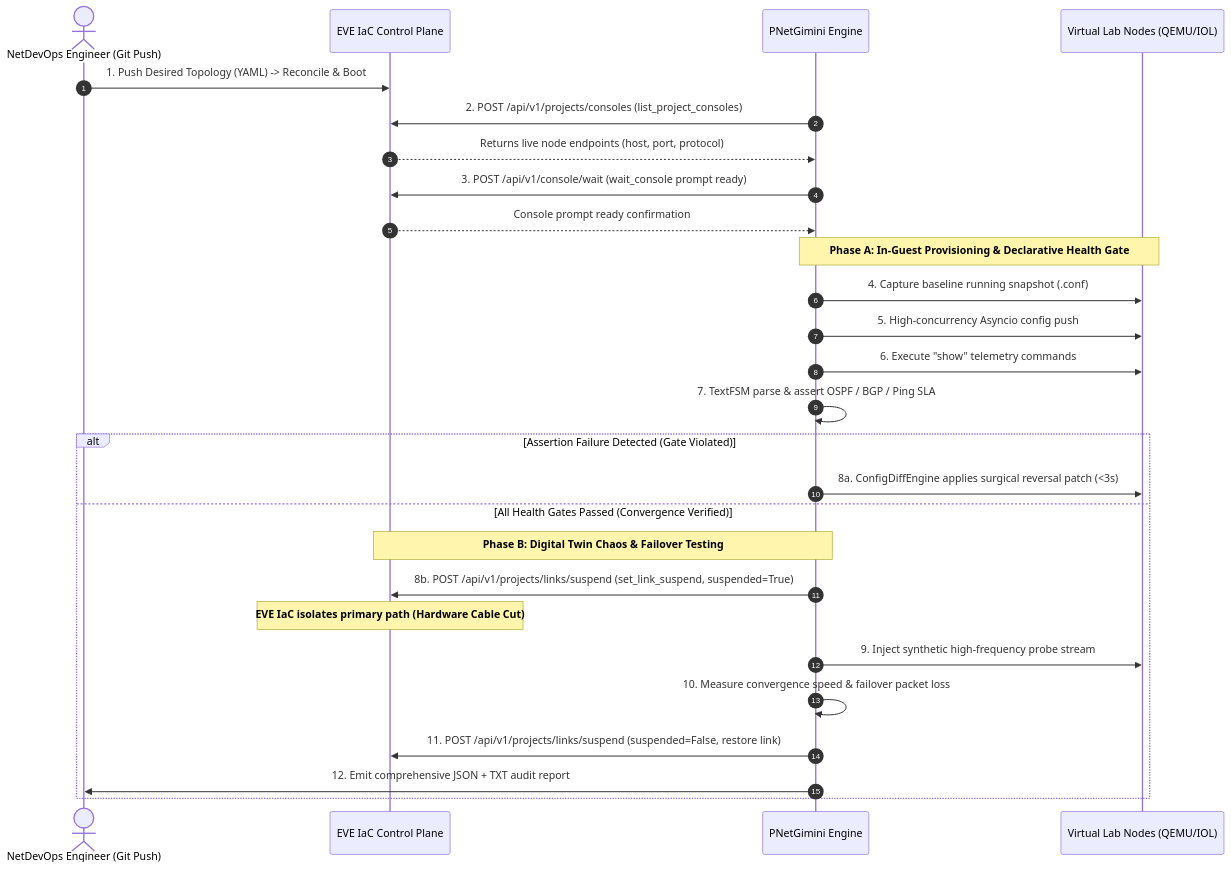
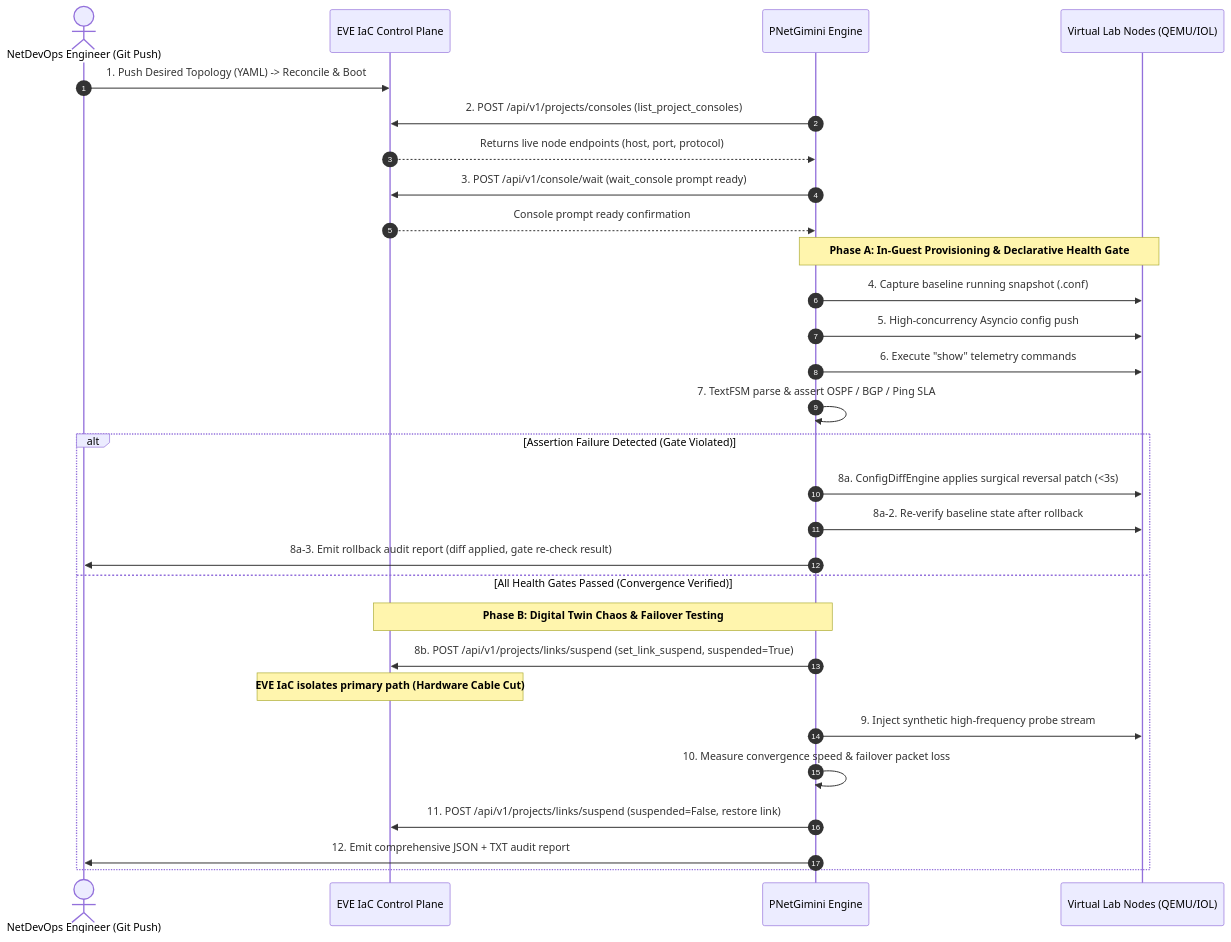
The second of 4 diagrams in docs/EVE_IAC_INTEGRATION_SPEC.md (shaolinzhou/PNetGimini), drawn with Mermaid before and after one commit. The commit also changed other lines of this file, not shown here.

Commit message:
docs: fix Abstract tone, add post-rollback logic to 8a branch, correct reconcile_project params, update v3.3 to DELIVERED

````diff
--- a/docs/EVE_IAC_INTEGRATION_SPEC.md
+++ b/docs/EVE_IAC_INTEGRATION_SPEC.md
@@ -260,43 +260,45 @@
 ```mermaid
 %%{init: {
   'themeVariables': {
     'fontSize': '17px',
     'actorFontSize': '18px',
     'actorFontWeight': 'bold',
     'messageFontSize': '16px',
     'messageFontWeight': 'bold',
     'noteFontSize': '16px',
     'noteFontWeight': 'bold'
   }
 }}%%
 sequenceDiagram
     autonumber
     actor Admin as NetDevOps Engineer (Git Push)
     participant EVEIaC as EVE IaC Control Plane
     participant Engine as PNetGimini Engine
     participant Nodes as Virtual Lab Nodes (QEMU/IOL)
 
     Admin->>EVEIaC: 1. Push Desired Topology (YAML) -> Reconcile & Boot
     Engine->>EVEIaC: 2. POST /api/v1/projects/consoles (list_project_consoles)
     EVEIaC-->>Engine: Returns live node endpoints (host, port, protocol)
     Engine->>EVEIaC: 3. POST /api/v1/console/wait (wait_console prompt ready)
     EVEIaC-->>Engine: Console prompt ready confirmation
     
     Note over Engine, Nodes: Phase A: In-Guest Provisioning & Declarative Health Gate
     Engine->>Nodes: 4. Capture baseline running snapshot (.conf)
     Engine->>Nodes: 5. High-concurrency Asyncio config push
     Engine->>Nodes: 6. Execute "show" telemetry commands
     Engine->>Engine: 7. TextFSM parse & assert OSPF / BGP / Ping SLA
     
     alt Assertion Failure Detected (Gate Violated)
         Engine->>Nodes: 8a. ConfigDiffEngine applies surgical reversal patch (<3s)
+        Engine->>Nodes: 8a-2. Re-verify baseline state after rollback
+        Engine->>Admin: 8a-3. Emit rollback audit report (diff applied, gate re-check result)
     else All Health Gates Passed (Convergence Verified)
         Note over Engine, EVEIaC: Phase B: Digital Twin Chaos & Failover Testing
         Engine->>EVEIaC: 8b. POST /api/v1/projects/links/suspend (set_link_suspend, suspended=True)
         Note over EVEIaC: EVE IaC isolates primary path (Hardware Cable Cut)
         Engine->>Nodes: 9. Inject synthetic high-frequency probe stream
         Engine->>Engine: 10. Measure convergence speed & failover packet loss
         Engine->>EVEIaC: 11. POST /api/v1/projects/links/suspend (suspended=False, restore link)
         Engine->>Admin: 12. Emit comprehensive JSON + TXT audit report
     end
 ```
````
